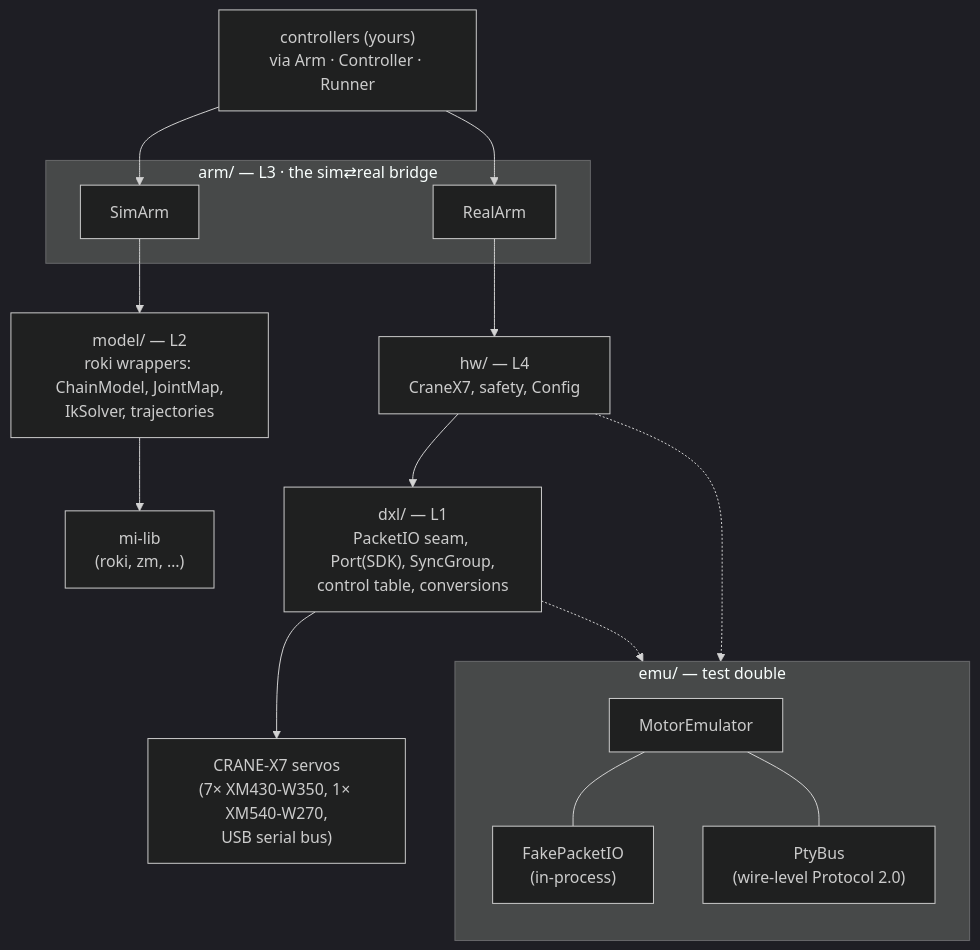
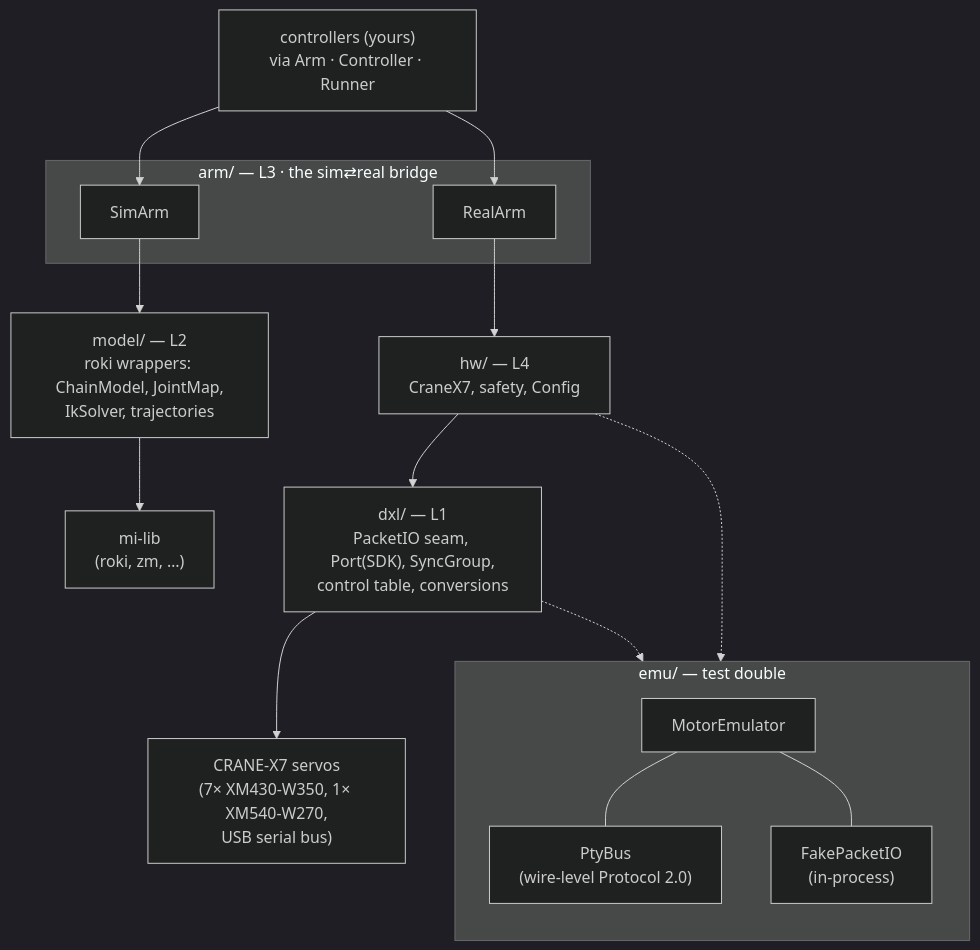
Before and after one commit to hrshtst/rtctrl: the diagram in docs/guide/architecture.md, drawn with Mermaid (dark theme). The commit also changed other lines of this file, not shown here.

First line of the commit message:
docs: uncross the emulator edges in the architecture diagram

````diff
--- a/docs/guide/architecture.md
+++ b/docs/guide/architecture.md
@@ -5,35 +5,35 @@
 ```mermaid
 flowchart TB
     C["controllers (yours)<br>via Arm · Controller · Runner"]
 
     subgraph ARM["arm/ — L3 · the sim⇄real bridge"]
         SIM["SimArm"]
         REAL["RealArm"]
     end
 
     MODEL["model/ — L2<br>roki wrappers: ChainModel, JointMap,<br>IkSolver, trajectories"]
     HW["hw/ — L4<br>CraneX7, safety, Config"]
     MILIB["mi-lib<br>(roki, zm, …)"]
     DXL["dxl/ — L1<br>PacketIO seam, Port(SDK), SyncGroup,<br>control table, conversions"]
 
     subgraph EMU["emu/ — test double"]
         direction TB
         ME["MotorEmulator"]
+        PTY["PtyBus<br>(wire-level Protocol 2.0)"]
         FAKE["FakePacketIO<br>(in-process)"]
-        PTY["PtyBus<br>(wire-level Protocol 2.0)"]
+        ME --- PTY
         ME --- FAKE
-        ME --- PTY
     end
 
     MOTORS["CRANE-X7 servos<br>(7× XM430-W350, 1× XM540-W270,<br>USB serial bus)"]
 
     C --> SIM
     C --> REAL
     SIM --> MODEL
     REAL --> HW
     MODEL --> MILIB
     HW --> DXL
     DXL --> MOTORS
     HW -.-> FAKE
     DXL -.-> PTY
 ```
````
